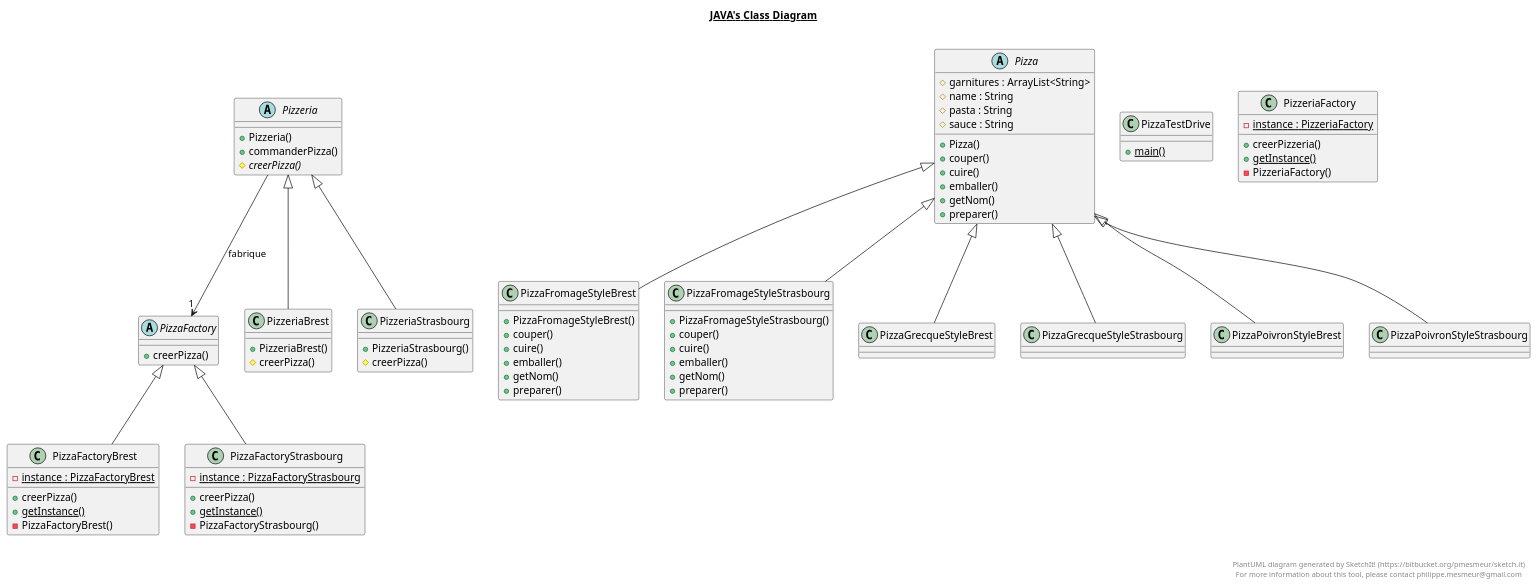
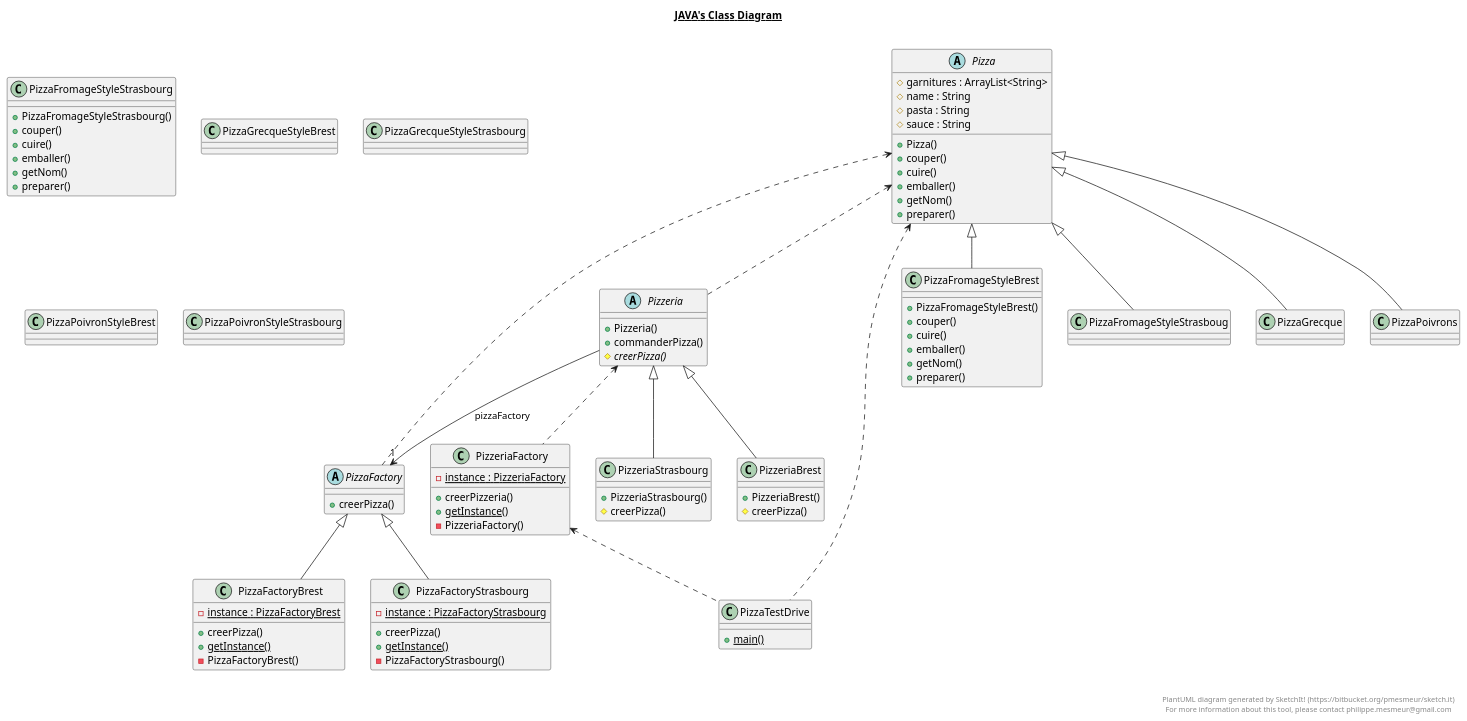
One commit to IUT-Blagnac/cpoa-tp3-NeoBlueIsReal changed the diagram in docs/TP3.plantuml. Above: the diagram before and after it, drawn with PlantUML.

```diff
--- a/docs/TP3.plantuml
+++ b/docs/TP3.plantuml
@@ -1,155 +1,158 @@
 @startuml
 
 title __JAVA's Class Diagram__\n
 
 
     abstract class Pizza {
         # garnitures : ArrayList<String>
         # name : String
         # pasta : String
         # sauce : String
         + Pizza()
         + couper()
         + cuire()
         + emballer()
         + getNom()
         + preparer()
     }
 
   
 
     abstract class PizzaFactory {
         + creerPizza()
     }
 
   
 
 
     class PizzaFactoryBrest {
         {static} - instance : PizzaFactoryBrest
         + creerPizza()
         {static} + getInstance()
         - PizzaFactoryBrest()
     }
 
   
 
 
     class PizzaFactoryStrasbourg {
         {static} - instance : PizzaFactoryStrasbourg
         + creerPizza()
         {static} + getInstance()
         - PizzaFactoryStrasbourg()
     }
 
   
 
 
     class PizzaFromageStyleBrest {
         + PizzaFromageStyleBrest()
         + couper()
         + cuire()
         + emballer()
         + getNom()
         + preparer()
 
   }
   
 
     class PizzaFromageStyleStrasbourg {
         + PizzaFromageStyleStrasbourg()
         + couper()
         + cuire()
         + emballer()
         + getNom()
         + preparer()
     }
 
   
 
 
     class PizzaGrecqueStyleBrest {
     }
 
   
 
 
     class PizzaGrecqueStyleStrasbourg {
     }
 
   
 
 
     class PizzaPoivronStyleBrest {
 
   }
   
 
     class PizzaPoivronStyleStrasbourg {
     }
 
   
 
 
     class PizzaTestDrive {
         {static} + main()
 
   }
   
 
 
     abstract class Pizzeria {
         + Pizzeria()
         + commanderPizza()
         {abstract} # creerPizza()
 
   }
   
 
 
     class PizzeriaBrest {
         + PizzeriaBrest()
         # creerPizza()
 
   }
   
 
 
     class PizzeriaFactory {
         {static} - instance : PizzeriaFactory
         + creerPizzeria()
         {static} + getInstance()
         - PizzeriaFactory()
 
   }
   
 
 
     class PizzeriaStrasbourg {
         + PizzeriaStrasbourg()
         # creerPizza()
 
   }
   
 
-  PizzaFactoryBrest -up-|> PizzaFactory
-  PizzaFactoryStrasbourg -up-|> PizzaFactory
-  PizzaFromageStyleBrest -up-|> Pizza
-  PizzaFromageStyleStrasbourg -up-|> Pizza
-  PizzaGrecqueStyleBrest -up-|> Pizza
-  PizzaGrecqueStyleStrasbourg -up-|> Pizza
-  PizzaPoivronStyleBrest -up-|> Pizza
-  PizzaPoivronStyleStrasbourg -up-|> Pizza
-  Pizzeria -->"1" PizzaFactory : fabrique
-  PizzeriaBrest -up-|> Pizzeria
-  PizzeriaStrasbourg -up-|> Pizzeria
+    Pizza <|-- PizzaFromageStyleBrest
+      Pizza <|-- PizzaFromageStyleStrasboug
+      Pizza <|-- PizzaGrecque
+      Pizza <|-- PizzaPoivrons
+      Pizzeria --> "1" PizzaFactory : pizzaFactory
+      Pizzeria <|-- PizzeriaBrest
+      Pizzeria <|-- PizzeriaStrasbourg
+      PizzaFactory <|-- PizzaFactoryBrest
+      PizzaFactory <|-- PizzaFactoryStrasbourg
+      Pizzeria <.. PizzeriaFactory
+      PizzeriaFactory <.. PizzaTestDrive
+      Pizza <.. PizzaTestDrive
+      Pizza <.. PizzaFactory
+      Pizza <.. Pizzeria
 
 
 right footer
 
 
 PlantUML diagram generated by SketchIt! (https://bitbucket.org/pmesmeur/sketch.it)
 For more information about this tool, please contact philippe.mesmeur@gmail.com
 endfooter
 
 @enduml
```
